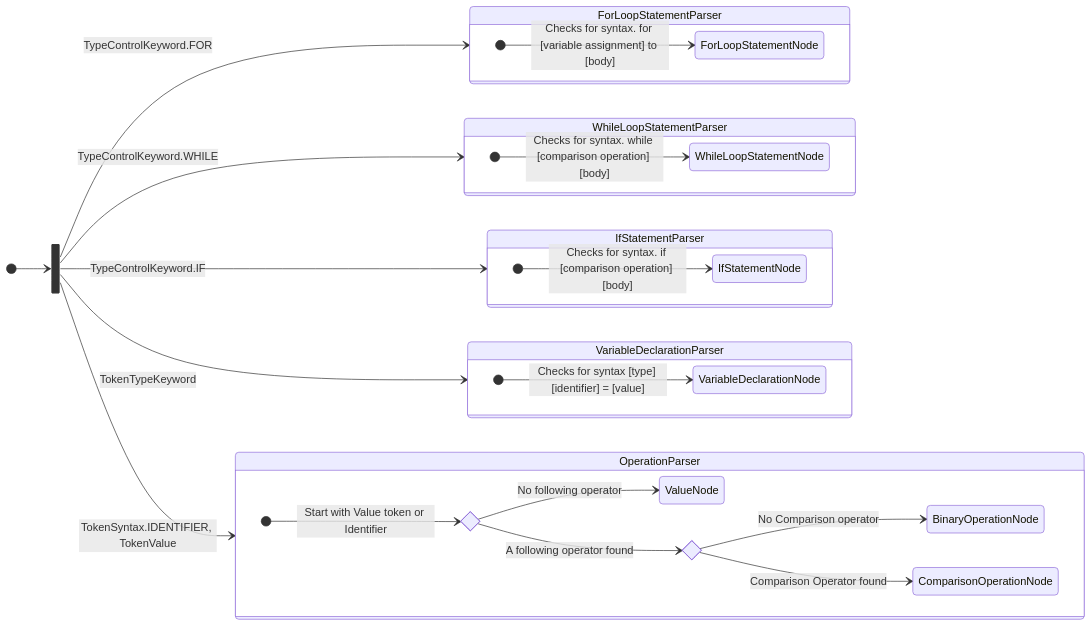
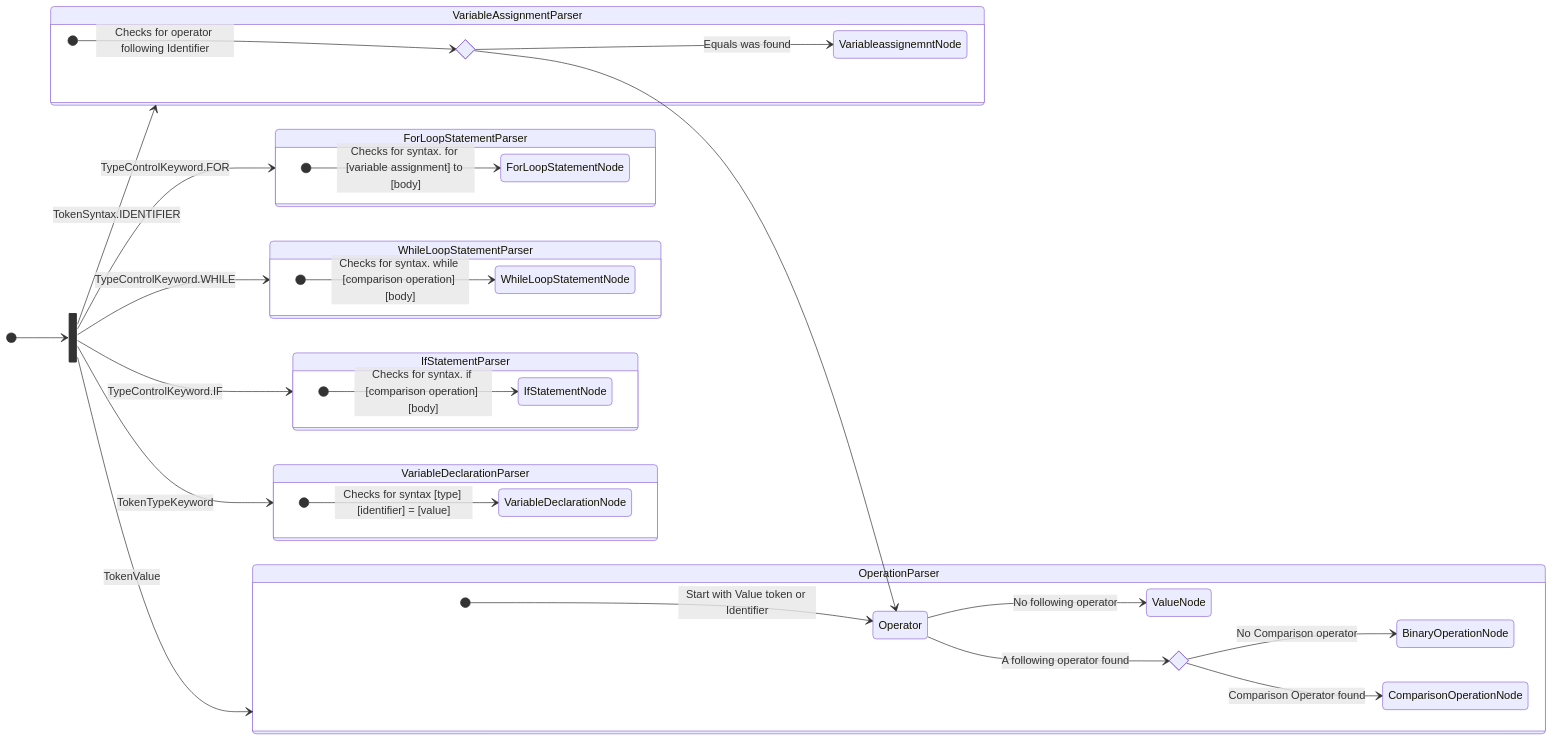
The diagram in PirateParser/Parsers/Flowchart.md (piratelang/pirate), drawn with Mermaid before and after one commit. The commit also changed other lines of this file and 14 other files, not shown here.

````diff
--- a/PirateParser/Parsers/Flowchart.md
+++ b/PirateParser/Parsers/Flowchart.md
@@ -1,43 +2,52 @@
 ```mermaid
 stateDiagram-v2
     direction LR
     state Fork <<fork>>
     [*] --> Fork
 
     Fork --> ForLoopStatementParser : TypeControlKeyword.FOR
     state ForLoopStatementParser {
         direction LR
         [*] --> ForLoopStatementNode : Checks for syntax. for [variable assignment] to [body]
     }
 
     Fork --> WhileLoopStatementParser : TypeControlKeyword.WHILE
     state WhileLoopStatementParser {
         direction LR
         [*] --> WhileLoopStatementNode : Checks for syntax. while [comparison operation] [body]
     }
 
     Fork --> IfStatementParser : TypeControlKeyword.IF
     state IfStatementParser {
         direction LR
         [*] --> IfStatementNode : Checks for syntax. if [comparison operation] [body]
     }
 
     Fork --> VariableDeclarationParser : TokenTypeKeyword
     state VariableDeclarationParser {
         direction LR
         [*] --> VariableDeclarationNode : Checks for syntax [type] [identifier] = [value]
     }
+
+    Fork--> VariableAssignmentParser : TokenSyntax.IDENTIFIER
+    state VariableAssignmentParser {
+        direction LR
+        state EqualsOperator <<choice>>
+        [*] --> EqualsOperator : Checks for operator following Identifier
+        EqualsOperator --> VariableassignemntNode : Equals was found
+    }
+    EqualsOperator --> Operator
     
-    Fork --> OperationParser : TokenSyntax.IDENTIFIER, TokenValue
+    Fork --> OperationParser : TokenValue
     state OperationParser{
         direction LR
         state Operator <<choice>>
         [*] --> Operator : Start with Value token or Identifier
         Operator --> ValueNode : No following operator
 
         state DoubleOperator <<choice>>
         Operator --> DoubleOperator : A following operator found
         DoubleOperator --> BinaryOperationNode : No Comparison operator
         DoubleOperator --> ComparisonOperationNode : Comparison Operator found
     }
 ```
````
